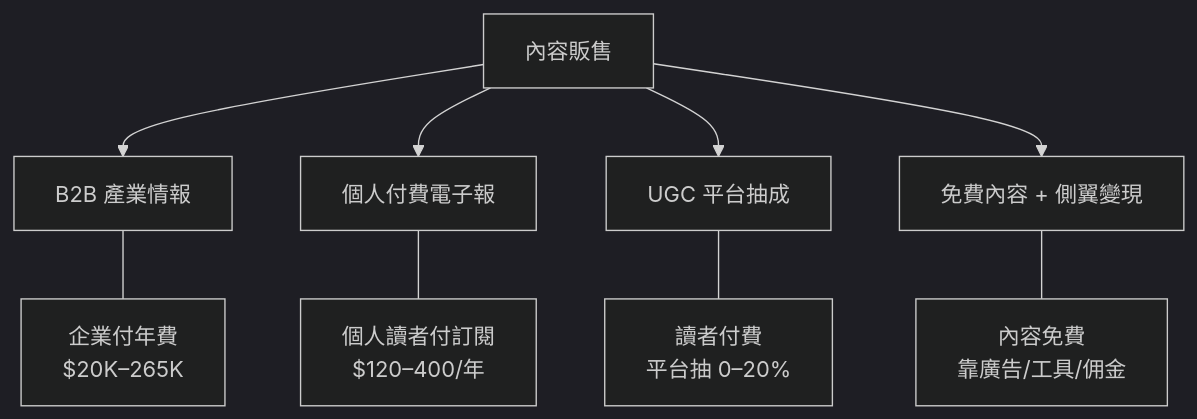
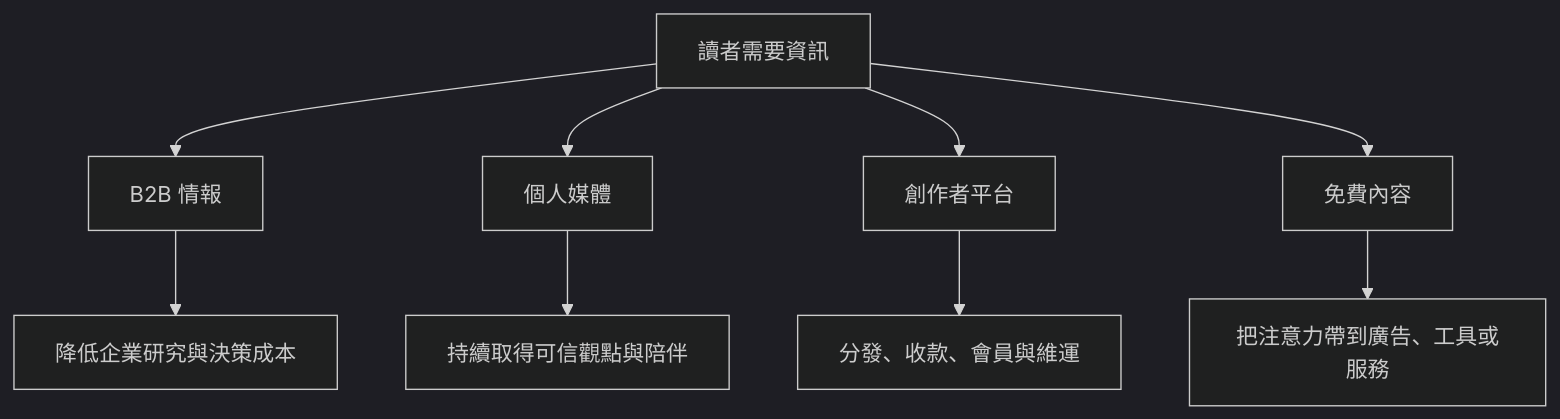
The first of 2 diagrams in src/content/posts/product/2026-09-16-content-selling-four-models.md (vincentxuu/quidproquo), drawn with Mermaid (dark theme) before and after one commit. The commit also changed other lines of this file and 108 other files, not shown here.

````diff
--- a/src/content/posts/product/2026-09-16-content-selling-four-models.md
+++ b/src/content/posts/product/2026-09-16-content-selling-four-models.md
@@ -35,12 +24,11 @@
 ```mermaid
-graph TD
-    A[內容販售] --> B[B2B 產業情報]
-    A --> C[個人付費電子報]
-    A --> D[UGC 平台抽成]
-    A --> E[免費內容 + 側翼變現]
-
-    B --- B1[企業付年費<br/>$20K–265K]
-    C --- C1[個人讀者付訂閱<br/>$120–400/年]
-    D --- D1[讀者付費<br/>平台抽 0–20%]
-    E --- E1[內容免費<br/>靠廣告/工具/佣金]
+flowchart TD
+    NEED[讀者需要資訊] --> B2B[B2B 情報]
+    NEED --> SOLO[個人媒體]
+    NEED --> PLATFORM[創作者平台]
+    NEED --> FREE[免費內容]
+    B2B --> JOB1[降低企業研究與決策成本]
+    SOLO --> JOB2[持續取得可信觀點與陪伴]
+    PLATFORM --> JOB3[分發、收款、會員與維運]
+    FREE --> JOB4[把注意力帶到廣告、工具或服務]
 ```
````
